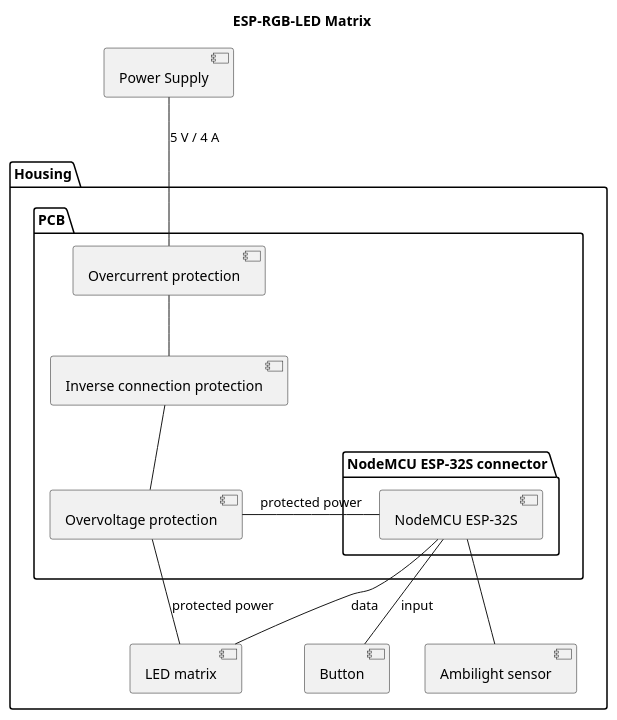
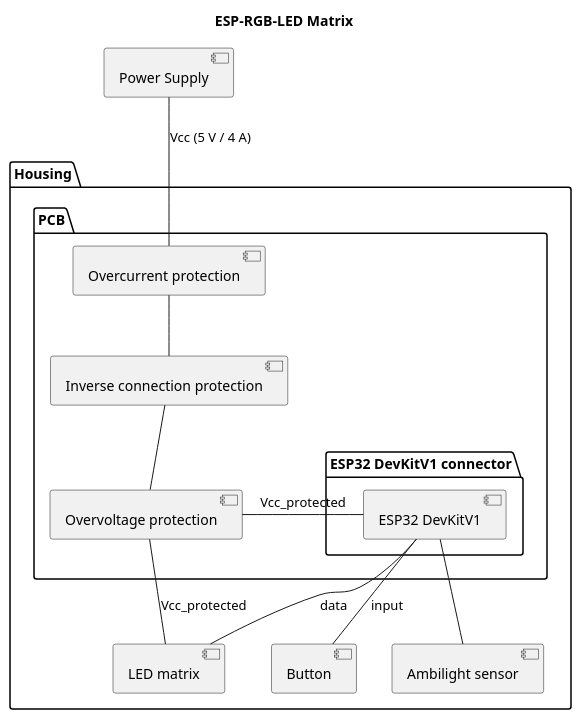
One commit to BlueAndi/Pixelix changed the diagram in doc/design/system.plantuml. Above: the diagram before and after it, drawn with PlantUML. The commit also changed 1 other file, not shown here.

Commit message:
System design updated with ESP32 DevKitV1.

```diff
--- a/doc/design/system.plantuml
+++ b/doc/design/system.plantuml
@@ -1,35 +1,35 @@
 @startuml
 
 title ESP-RGB-LED Matrix
 
 component "Power Supply" as powerSupply
 
 package "Housing" {
 
     package "PCB" as pcb {
         component "Overcurrent protection" as ocp
         component "Inverse connection protection" as icp
         component "Overvoltage protection" as ovp
         
-        package "NodeMCU ESP-32S connector" {
+        package "ESP32 DevKitV1 connector" {
         
-            component "NodeMCU ESP-32S" as esp32s
+            component "ESP32 DevKitV1" as esp32s
         }
     }
     
     component "LED matrix" as ledMatrix
     component "Button" as button
     component "Ambilight sensor" as ambilightSensor
 }
 
-powerSupply -- ocp: 5 V / 4 A
+powerSupply -- ocp: Vcc (5 V / 4 A)
 ocp -- icp
 icp -- ovp
-ovp -r- esp32s: protected power
-ovp -- ledMatrix: protected power
+ovp -r- esp32s: Vcc_protected
+ovp -- ledMatrix: Vcc_protected
 
 esp32s -- ledMatrix: data
 esp32s -- button: input
 esp32s -- ambilightSensor
 
 @enduml
```
